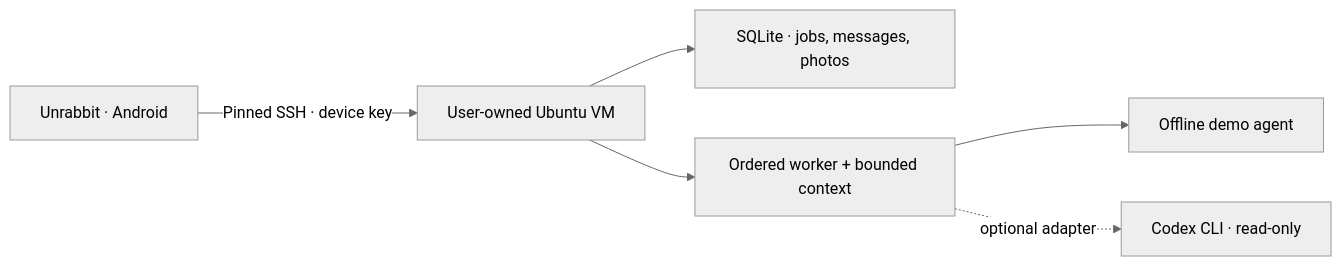
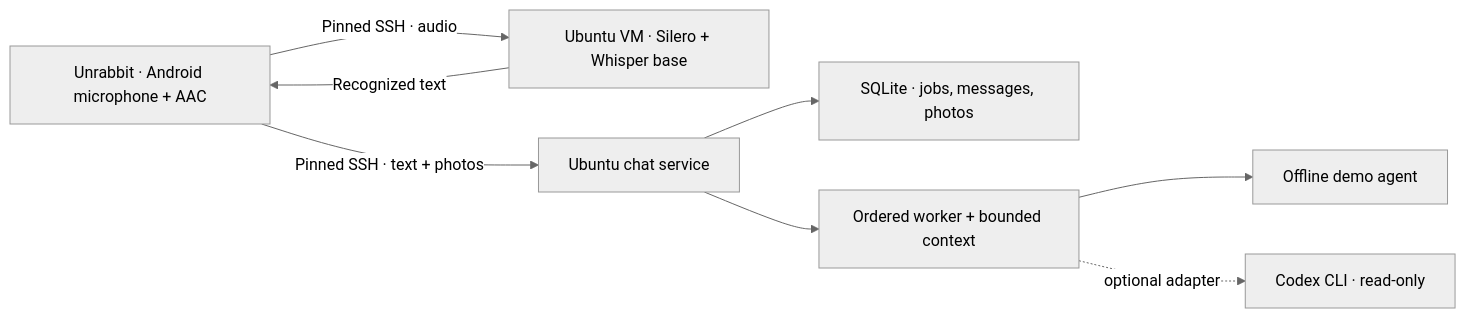
The diagram in docs/ARCHITECTURE.md (philkoerber/unrabbit), drawn with Mermaid (neutral theme) before and after one commit. The commit also changed other lines of this file and 45 other files, not shown here.

Commit message:
Add push-to-talk with VM-hosted Whisper base transcription

````diff
--- a/docs/ARCHITECTURE.md
+++ b/docs/ARCHITECTURE.md
@@ -7,8 +7,10 @@
 ```mermaid
 flowchart LR
-    App["Unrabbit · Android"] -->|"Pinned SSH · device key"| VM["User-owned Ubuntu VM"]
+    App["Unrabbit · Android microphone + AAC"] -->|"Pinned SSH · audio"| STT["Ubuntu VM · Silero + Whisper base"]
+    STT -->|"Recognized text"| App
+    App -->|"Pinned SSH · text + photos"| VM["Ubuntu chat service"]
     VM --> DB["SQLite · jobs, messages, photos"]
     VM --> Worker["Ordered worker + bounded context"]
     Worker --> Demo["Offline demo agent"]
     Worker -. "optional adapter" .-> Codex["Codex CLI · read-only"]
 ```
````
